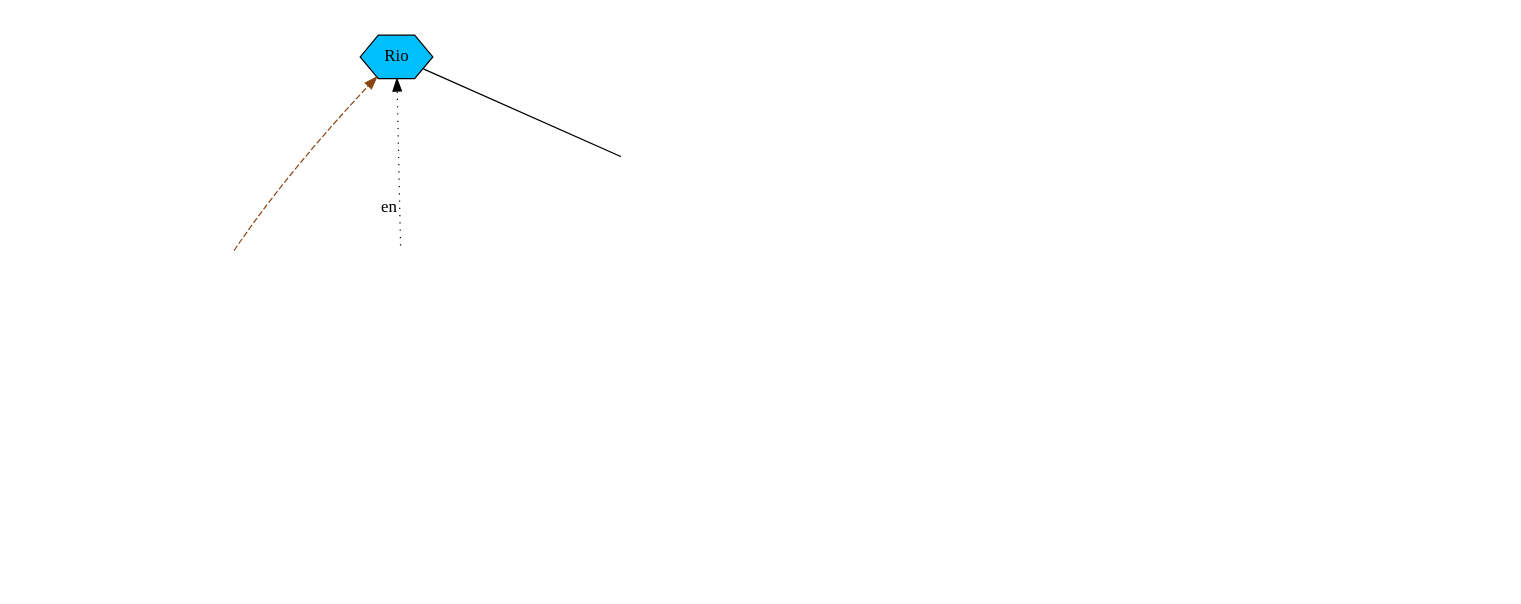
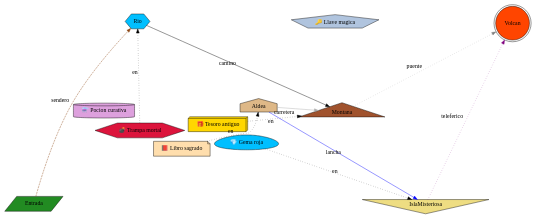
Before and after one commit to josuef24/-LFP-202300668: the diagram in Proyecto2/graficos/Aventura_en_la_Jungla.dot, drawn with Graphviz. The commit also changed 16 other files, not shown here.

```diff
--- a/Proyecto2/graficos/Aventura_en_la_Jungla.dot
+++ b/Proyecto2/graficos/Aventura_en_la_Jungla.dot
@@ -1,31 +1,29 @@
 digraph "Aventura en la Jungla" {
     layout=neato;
     overlap=false;
     splines=true;
-    size="8.3 ,8.3";
-    dpi=180;
     node [style=filled];
     node [style=filled];
     "Entrada" [shape=parallelogram, fillcolor=forestgreen, pos="0,0!"];
     "Rio" [shape=hexagon, fillcolor=deepskyblue, pos="100,200!"];
     "Montana" [shape=triangle, fillcolor=sienna, pos="300,100!"];
     "Volcan" [shape=doublecircle, fillcolor=orangered, pos="500,200!"];
     "Aldea" [shape=house, fillcolor=burlywood, pos="200,100!"];
     "IslaMisteriosa" [shape=invtriangle, fillcolor=lightgoldenrod, pos="400,0!"];
     "Entrada" -> "Rio" [label="sendero", style=dashed, color=saddlebrown];
     "Rio" -> "Montana" [label="camino", style=solid, color=black];
     "Montana" -> "Volcan" [label="puente", style=dotted, color=gray];
     "Aldea" -> "Montana" [label="carretera", style=solid, color=darkgray];
     "Aldea" -> "IslaMisteriosa" [label="lancha", style=solid, color=blue];
     "IslaMisteriosa" -> "Volcan" [label="teleferico", style=dotted, color=purple];
     "obj_🎁_Tesoro_antiguo" [label="🎁 Tesoro antiguo", shape=box3d, fillcolor=gold];
     "obj_🎁_Tesoro_antiguo" -> "Montana" [label="en", style=dotted];
     "obj_🔑_Llave_magica" [label="🔑 Llave magica", shape=pentagon, fillcolor=lightsteelblue, pos="300,200!", style=filled];
     "obj_📕_Libro_sagrado" [label="📕 Libro sagrado", shape=note, fillcolor=navajowhite];
     "obj_📕_Libro_sagrado" -> "Aldea" [label="en", style=dotted];
     "obj_💣_Trampa_mortal" [label="💣 Trampa mortal", shape=hexagon, fillcolor=crimson];
     "obj_💣_Trampa_mortal" -> "Rio" [label="en", style=dotted];
     "obj_⚗️_Pocion_curativa" [label="⚗️ Pocion curativa", shape=cylinder, fillcolor=plum, pos="100,100!", style=filled];
     "obj_💎_Gema_roja" [label="💎 Gema roja", shape=egg, fillcolor=deepskyblue];
     "obj_💎_Gema_roja" -> "IslaMisteriosa" [label="en", style=dotted];
 }
```
